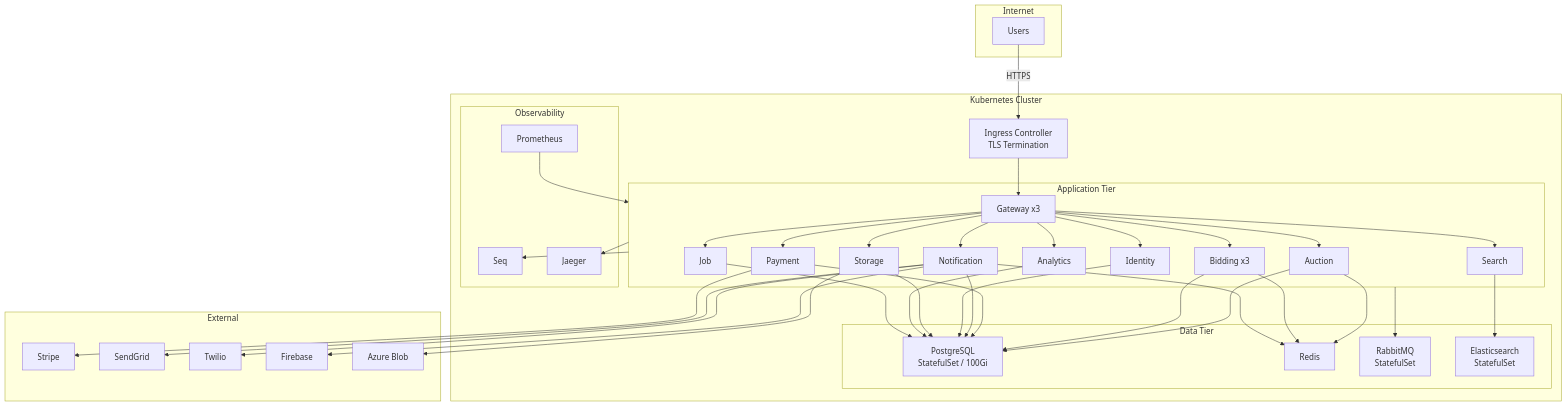
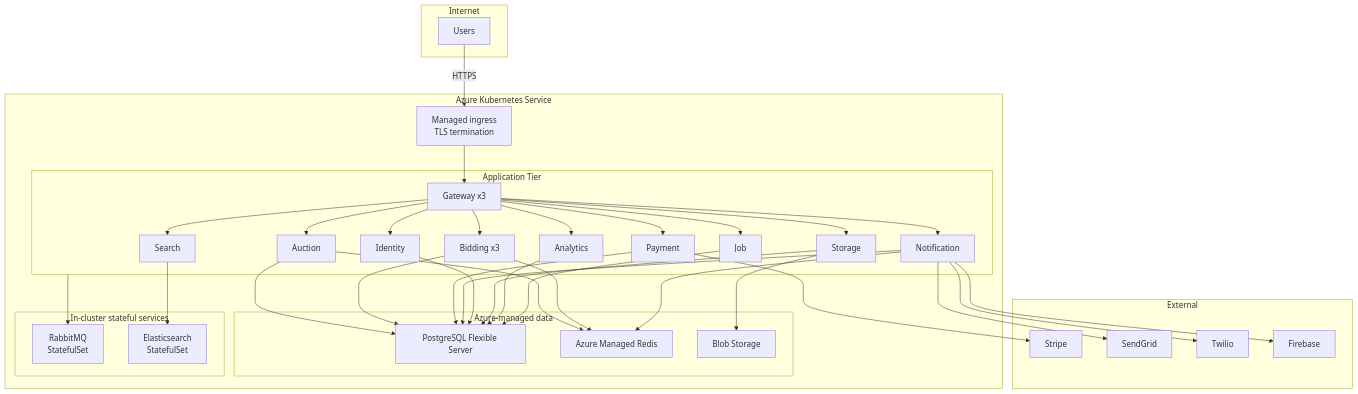
Before and after one commit to blanho/auction-platform-microservices: the ninth of 9 diagrams in README.md, drawn with Mermaid. The commit also changed other lines of this file, not shown here.

Commit message:
docs: align README with Azure deployment

````diff
--- a/README.md
+++ b/README.md
@@ -617,57 +595,52 @@
 ```mermaid
 graph TB
     subgraph Internet
         Users["Users"]
     end
 
-    subgraph K8s["Kubernetes Cluster"]
-        ING["Ingress Controller<br/>TLS Termination"]
+    subgraph AKS["Azure Kubernetes Service"]
+        ING["Managed ingress<br/>TLS termination"]
 
         subgraph App["Application Tier"]
             GW["Gateway x3"]
             AUC["Auction"]
             BID["Bidding x3"]
             PAY["Payment"]
             NOT["Notification"]
             IDN["Identity"]
             SRC["Search"]
             STR["Storage"]
             ANA["Analytics"]
             JOB["Job"]
         end
 
-        subgraph DataLayer["Data Tier"]
-            PG["PostgreSQL<br/>StatefulSet / 100Gi"]
-            RD["Redis"]
+        subgraph DataLayer["Azure-managed data"]
+            PG["PostgreSQL Flexible Server"]
+            RD["Azure Managed Redis"]
+            BLOB["Blob Storage"]
+        end
+
+        subgraph InCluster["In-cluster stateful services"]
             RMQ["RabbitMQ<br/>StatefulSet"]
             ES["Elasticsearch<br/>StatefulSet"]
-        end
-
-        subgraph Obs["Observability"]
-            SEQ["Seq"]
-            JAG["Jaeger"]
-            PROM["Prometheus"]
         end
     end
 
     subgraph Ext["External"]
         STRIPE["Stripe"]
         SG["SendGrid"]
         TW["Twilio"]
         FB["Firebase"]
-        AZ["Azure Blob"]
     end
 
     Users -->|HTTPS| ING
     ING --> GW
     GW --> AUC & BID & PAY & NOT & IDN & SRC & STR & ANA & JOB
     AUC & BID & PAY & NOT & IDN & STR & ANA & JOB --> PG
     AUC & BID & NOT --> RD
     SRC --> ES
     App --> RMQ
     PAY --> STRIPE
     NOT --> SG & TW & FB
-    STR --> AZ
-    App --> SEQ & JAG
-    PROM --> App
+    STR --> BLOB
 ```
````
